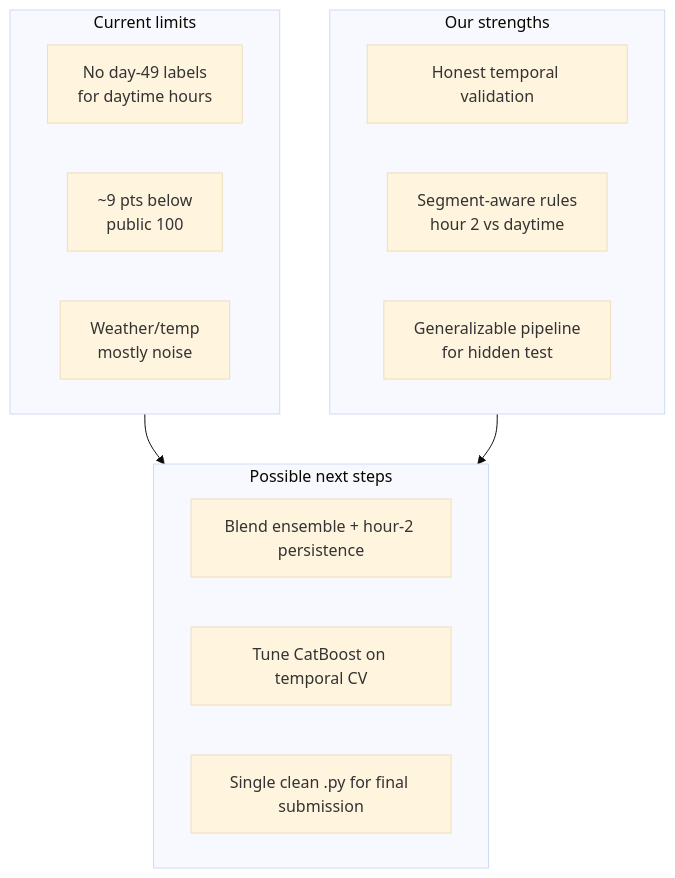
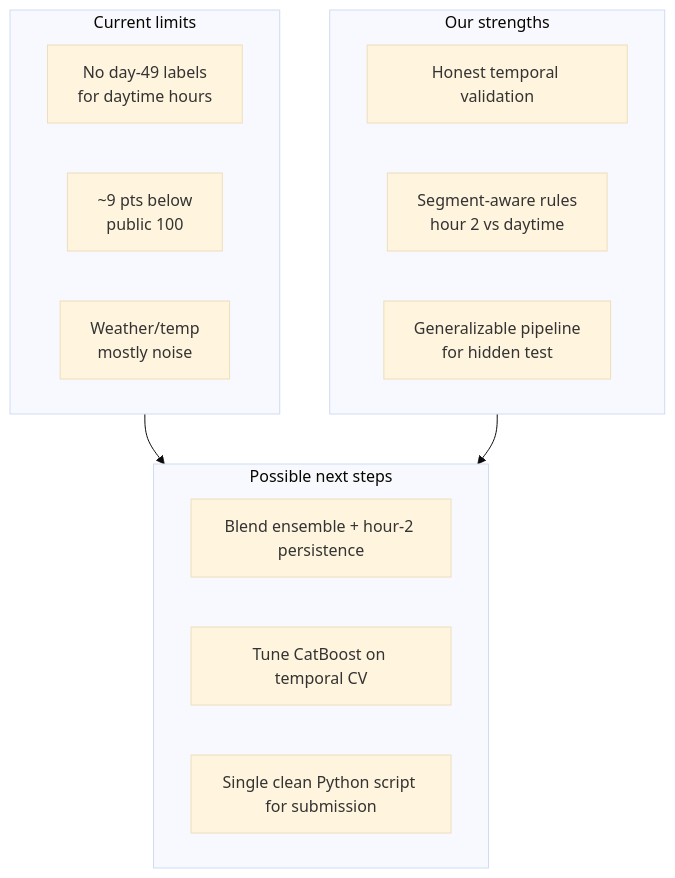
Before and after one commit to rishitaprabhakarp-cell/BLOG: diagram 11 of 11 in content/posts/bangalore-traffic-demand-prediction.md, drawn with Mermaid (base theme). The commit also changed other lines of this file and 13 other files, not shown here.

Commit message:
fix():mermaid rendering was fixed

````diff
--- a/content/posts/bangalore-traffic-demand-prediction.md
+++ b/content/posts/bangalore-traffic-demand-prediction.md
@@ -528,23 +509,23 @@
 ```mermaid
 flowchart TB
     subgraph limits [Current limits]
         L1[No day-49 labels<br/>for daytime hours]
         L2[~9 pts below<br/>public 100]
         L3[Weather/temp<br/>mostly noise]
     end
 
     subgraph strengths [Our strengths]
         S1[Honest temporal validation]
         S2[Segment-aware rules<br/>hour 2 vs daytime]
         S3[Generalizable pipeline<br/>for hidden test]
     end
 
     subgraph next [Possible next steps]
         N1[Blend ensemble + hour-2 persistence]
         N2[Tune CatBoost on temporal CV]
-        N3[Single clean .py for final submission]
+        N3[Single clean Python script for submission]
     end
 
     limits --> next
     strengths --> next
 ```
````
